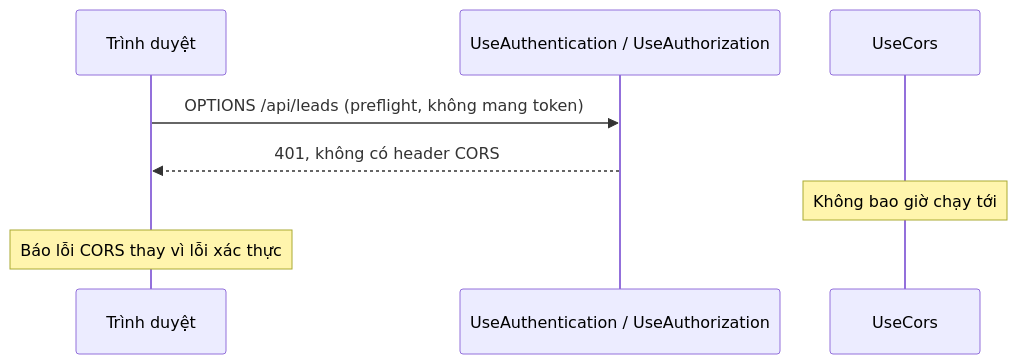
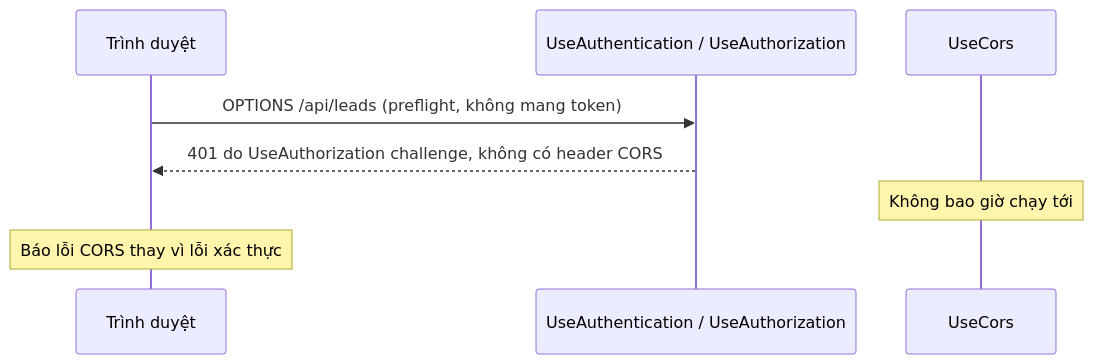
Before and after one commit to TienNHM/tiennhm.github.io: the diagram in docs/09-dotnet-backend-zero-to-senior/stage-01-foundation/module-02-computer-science-basics/2.12-quick-real-world-example.mdx, drawn with Mermaid. The commit also changed other lines of this file and 38 other files, not shown here.

````diff
--- a/docs/09-dotnet-backend-zero-to-senior/stage-01-foundation/module-02-computer-science-basics/2.12-quick-real-world-example.mdx
+++ b/docs/09-dotnet-backend-zero-to-senior/stage-01-foundation/module-02-computer-science-basics/2.12-quick-real-world-example.mdx
@@ -139,10 +139,10 @@
 ```mermaid
 sequenceDiagram
     participant B as Trình duyệt
     participant A as UseAuthentication / UseAuthorization
     participant C as UseCors
     B->>A: OPTIONS /api/leads (preflight, không mang token)
-    A-->>B: 401, không có header CORS
+    A-->>B: 401 do UseAuthorization challenge, không có header CORS
     Note over C: Không bao giờ chạy tới
     Note over B: Báo lỗi CORS thay vì lỗi xác thực
 ```
````
